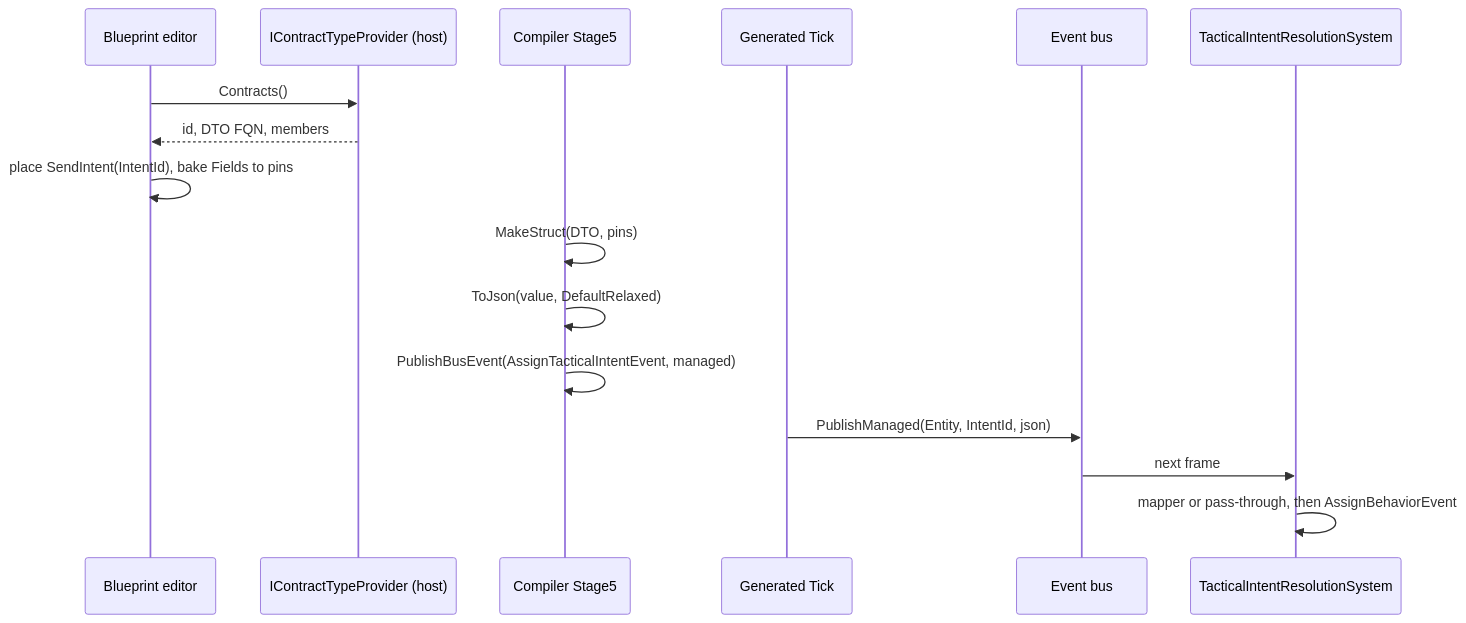
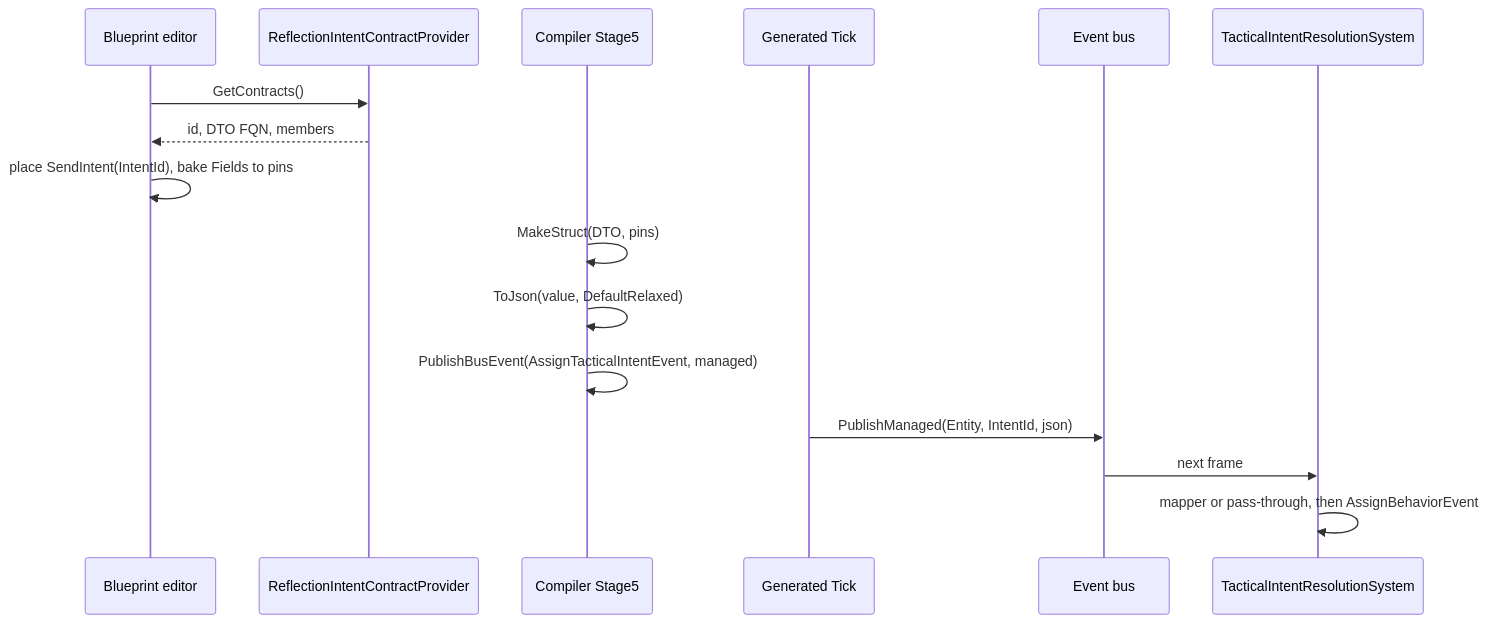
The second of 3 diagrams in docs/blueprints/DESIGN_Typed_Intent_And_Json_Nodes.md (pjanec/HROT), drawn with Mermaid before and after one commit. The commit also changed other lines of this file and 21 other files, not shown here.

````diff
--- a/docs/blueprints/DESIGN_Typed_Intent_And_Json_Nodes.md
+++ b/docs/blueprints/DESIGN_Typed_Intent_And_Json_Nodes.md
@@ -103,18 +109,18 @@
 ```mermaid
 sequenceDiagram
   participant Ed as Blueprint editor
-  participant Prov as IContractTypeProvider (host)
+  participant Prov as ReflectionIntentContractProvider
   participant C as Compiler Stage5
   participant Gen as Generated Tick
   participant Bus as Event bus
   participant TIR as TacticalIntentResolutionSystem
-  Ed->>Prov: Contracts()
+  Ed->>Prov: GetContracts()
   Prov-->>Ed: id, DTO FQN, members
   Ed->>Ed: place SendIntent(IntentId), bake Fields to pins
   C->>C: MakeStruct(DTO, pins)
   C->>C: ToJson(value, DefaultRelaxed)
   C->>C: PublishBusEvent(AssignTacticalIntentEvent, managed)
   Gen->>Bus: PublishManaged(Entity, IntentId, json)
   Bus->>TIR: next frame
   TIR->>TIR: mapper or pass-through, then AssignBehaviorEvent
 ```
````
